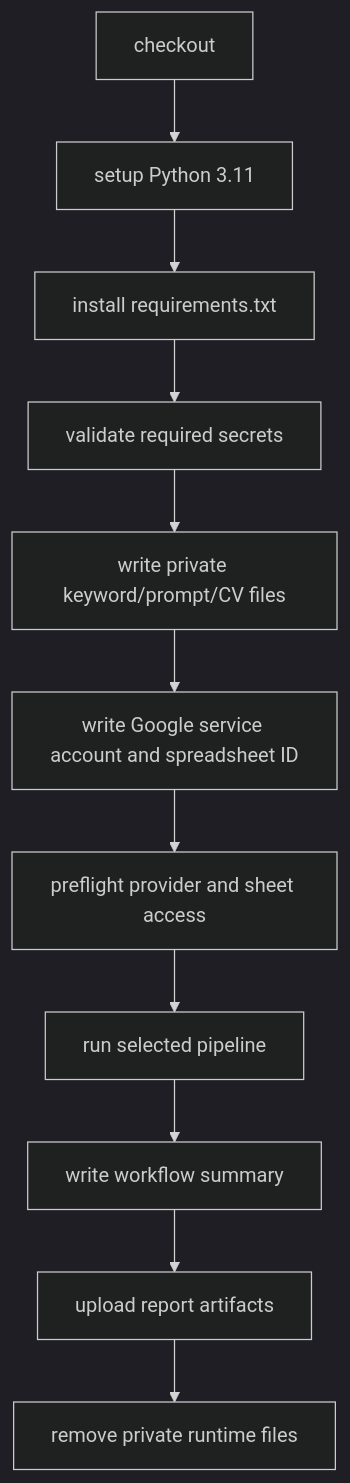
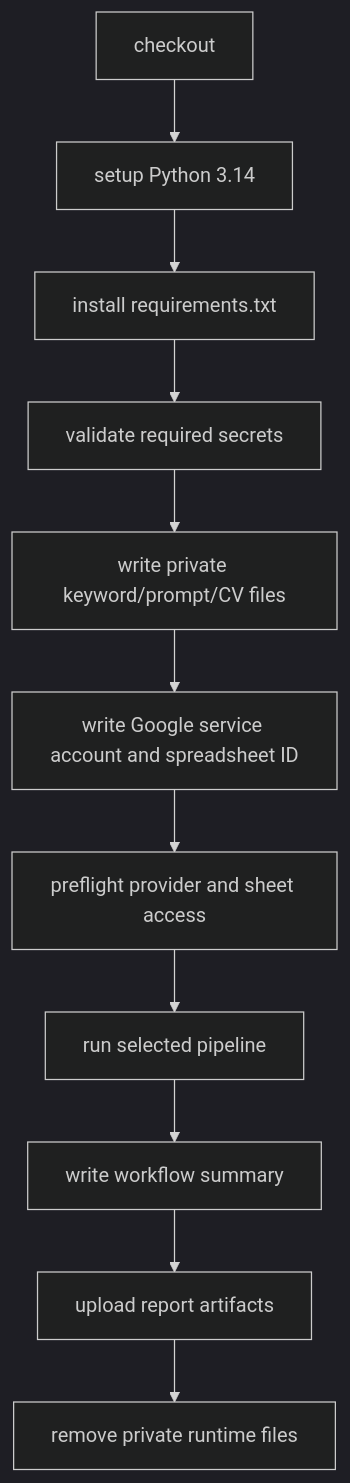
The diagram in .github/workflows/README.md (AmirDonyadide/JobScraper), drawn with Mermaid (dark theme) before and after one commit. The commit also changed other lines of this file and 9 other files, not shown here.

````diff
--- a/.github/workflows/README.md
+++ b/.github/workflows/README.md
@@ -50,13 +50,13 @@
 ```mermaid
 flowchart TD
-    A["checkout"] --> B["setup Python 3.11"]
+    A["checkout"] --> B["setup Python 3.14"]
     B --> C["install requirements.txt"]
     C --> D["validate required secrets"]
     D --> E["write private keyword/prompt/CV files"]
     E --> F["write Google service account and spreadsheet ID"]
     F --> G["preflight provider and sheet access"]
     G --> H["run selected pipeline"]
     H --> I["write workflow summary"]
     I --> J["upload report artifacts"]
     J --> K["remove private runtime files"]
 ```
````
